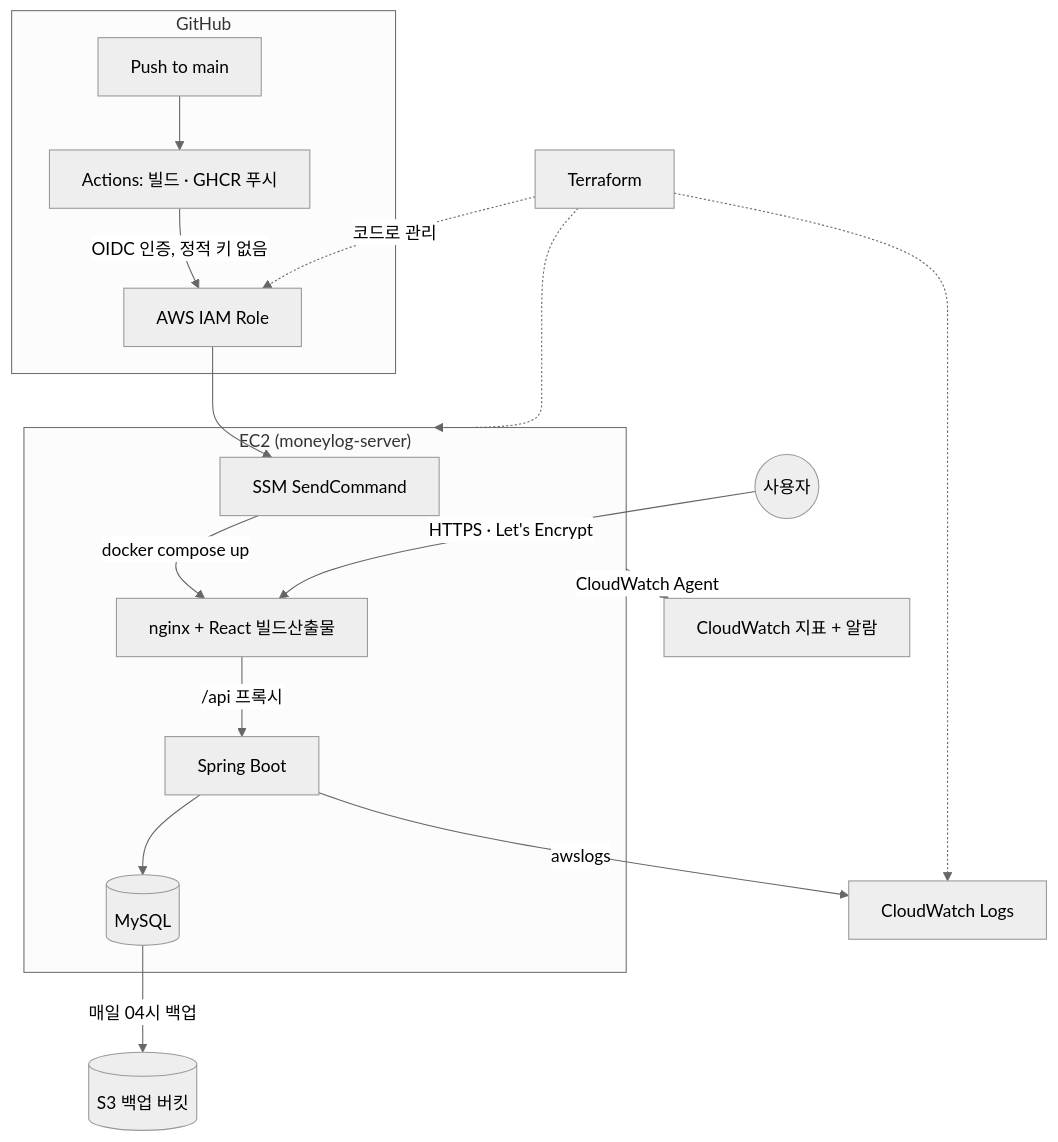
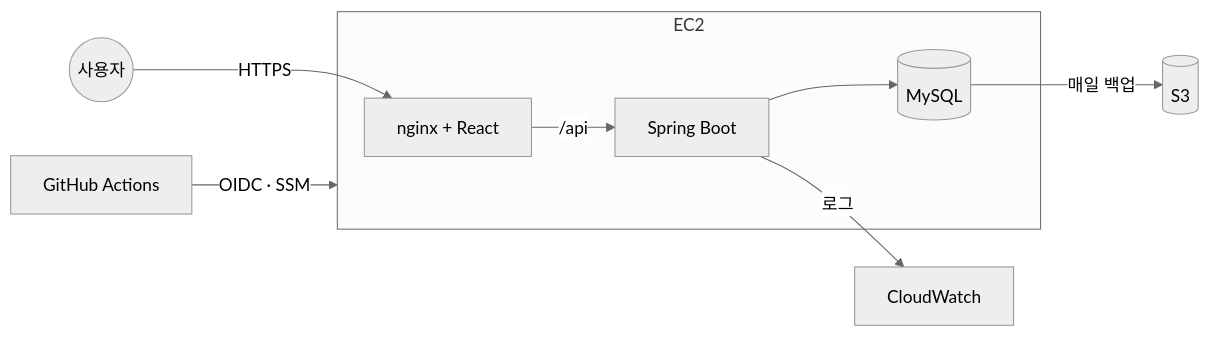
The diagram in README.md (DANIELSUNWOO/moneylog), drawn with Mermaid (neutral theme) before and after one commit. The commit also changed other lines of this file, not shown here.

````diff
--- a/README.md
+++ b/README.md
@@ -65,25 +37,14 @@
 ```mermaid
-flowchart TB
-    U((사용자))
-
-    subgraph GH["GitHub"]
-        A[Push to main] --> B[Actions: 빌드 · GHCR 푸시]
-        B -->|OIDC 인증, 정적 키 없음| C[AWS IAM Role]
+flowchart LR
+    U((사용자)) -->|HTTPS| F[nginx + React]
+    F -->|/api| G[Spring Boot]
+    G --> H[(MySQL)]
+    GH[GitHub Actions] -->|OIDC · SSM| EC2
+    subgraph EC2
+        F
+        G
+        H
     end
-
-    C --> D[SSM SendCommand]
-
-    subgraph EC2["EC2 (moneylog-server)"]
-        D -->|docker compose up| F[nginx + React 빌드산출물]
-        F -->|/api 프록시| G[Spring Boot]
-        G --> H[(MySQL)]
-    end
-
-    U -->|HTTPS · Let's Encrypt| F
-    G -->|awslogs| J[CloudWatch Logs]
-    EC2 -->|CloudWatch Agent| K[CloudWatch 지표 + 알람]
-    H -->|매일 04시 백업| L[(S3 백업 버킷)]
-    M[Terraform] -.코드로 관리.-> C
-    M -.-> EC2
-    M -.-> J
+    H -->|매일 백업| S3[(S3)]
+    G -->|로그| CW[CloudWatch]
 ```
````
